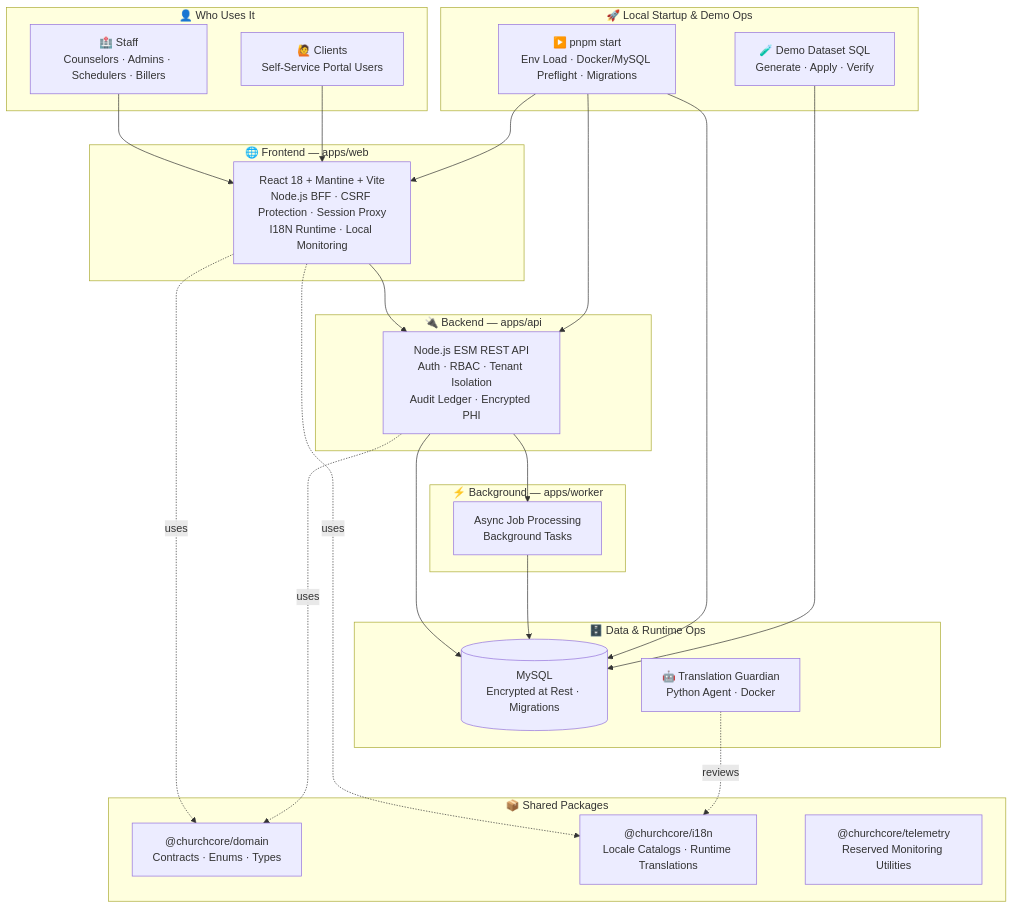
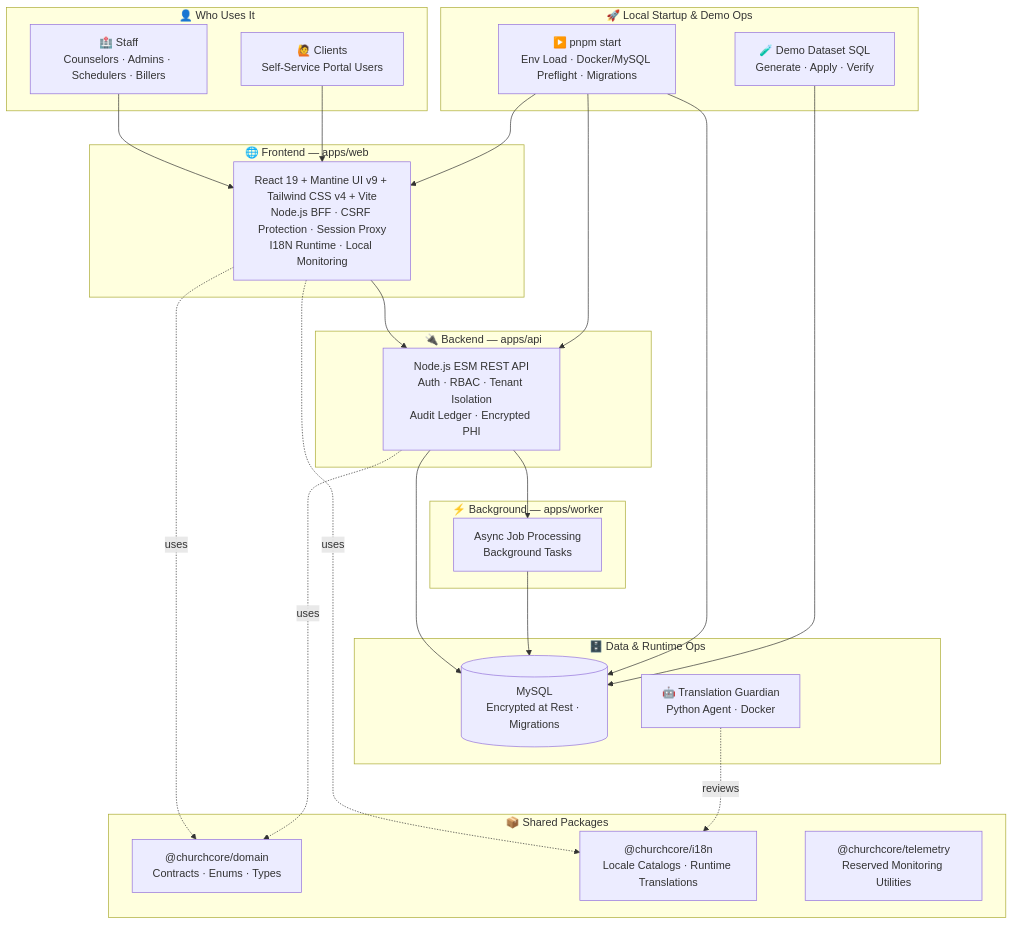
The diagram in README.md (ricardojjulia/ChurchCoreCare), drawn with Mermaid before and after one commit. The commit also changed other lines of this file and 45 other files, not shown here.

````diff
--- a/README.md
+++ b/README.md
@@ -257,52 +257,52 @@
 ```mermaid
 flowchart TB
     subgraph users[" 👤  Who Uses It "]
         STAFF["🏥 Staff\nCounselors · Admins · Schedulers · Billers"]
         CLIENT["🙋 Clients\nSelf-Service Portal Users"]
     end
 
     subgraph frontend[" 🌐  Frontend — apps/web "]
-        WEB["React 18 + Mantine + Vite\nNode.js BFF · CSRF Protection · Session Proxy\nI18N Runtime · Local Monitoring"]
+        WEB["React 19 + Mantine UI v9 + Tailwind CSS v4 + Vite\nNode.js BFF · CSRF Protection · Session Proxy\nI18N Runtime · Local Monitoring"]
     end
 
     subgraph backend[" 🔌  Backend — apps/api "]
         API["Node.js ESM REST API\nAuth · RBAC · Tenant Isolation\nAudit Ledger · Encrypted PHI"]
     end
 
     subgraph worker[" ⚡  Background — apps/worker "]
         WRK["Async Job Processing\nBackground Tasks"]
     end
 
     subgraph packages[" 📦  Shared Packages "]
         DOM["@churchcore/domain\nContracts · Enums · Types"]
         I18N["@churchcore/i18n\nLocale Catalogs · Runtime Translations"]
         TEL["@churchcore/telemetry\nReserved Monitoring Utilities"]
     end
 
     subgraph ops[" 🚀  Local Startup & Demo Ops "]
         START["▶️ pnpm start\nEnv Load · Docker/MySQL Preflight · Migrations"]
         DEMO["🧪 Demo Dataset SQL\nGenerate · Apply · Verify"]
     end
 
     subgraph infra[" 🗄️  Data & Runtime Ops "]
         DB[("MySQL\nEncrypted at Rest · Migrations")]
         AGENT["🤖 Translation Guardian\nPython Agent · Docker"]
     end
 
     STAFF --> WEB
     CLIENT --> WEB
     WEB --> API
     API --> DB
     API --> WRK
     WRK --> DB
 
     WEB -. uses .-> I18N
     WEB -. uses .-> DOM
     API -. uses .-> DOM
     START --> WEB
     START --> API
     START --> DB
     DEMO --> DB
 
     AGENT -.->|"reviews"| I18N
 ```
````
